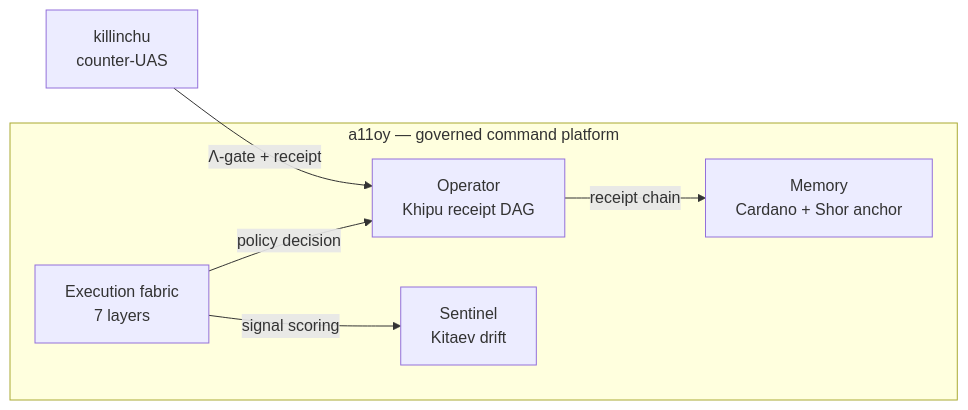
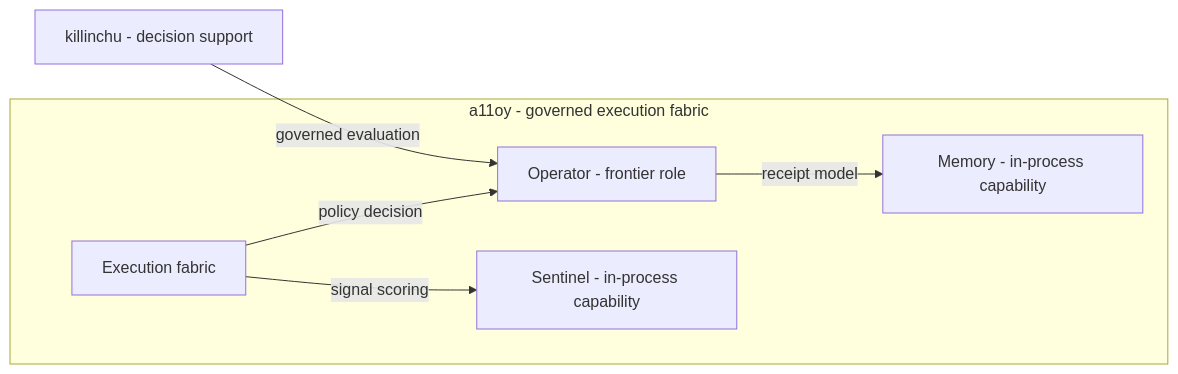
The diagram in docs/flagships/index.md (szl-holdings/docs-site), drawn with Mermaid before and after one commit. The commit also changed other lines of this file and 99 other files, not shown here.

````diff
--- a/docs/flagships/index.md
+++ b/docs/flagships/index.md
@@ -10,14 +14,14 @@
 ```mermaid
 flowchart LR
-  subgraph A11OY["a11oy — governed command platform"]
-    A[Execution fabric<br/>7 layers]
-    M[Memory<br/>Cardano + Shor anchor]
-    R[Operator<br/>Khipu receipt DAG]
-    S[Sentinel<br/>Kitaev drift]
+  subgraph A11OY["a11oy - governed execution fabric"]
+    A[Execution fabric]
+    M[Memory - in-process capability]
+    R[Operator - frontier role]
+    S[Sentinel - in-process capability]
   end
-  K[killinchu<br/>counter-UAS]
+  K[killinchu - decision support]
   A -->|policy decision| R
   A -->|signal scoring| S
-  R -->|receipt chain| M
-  K -->|Λ-gate + receipt| R
+  R -->|receipt model| M
+  K -->|governed evaluation| R
 ```
````
